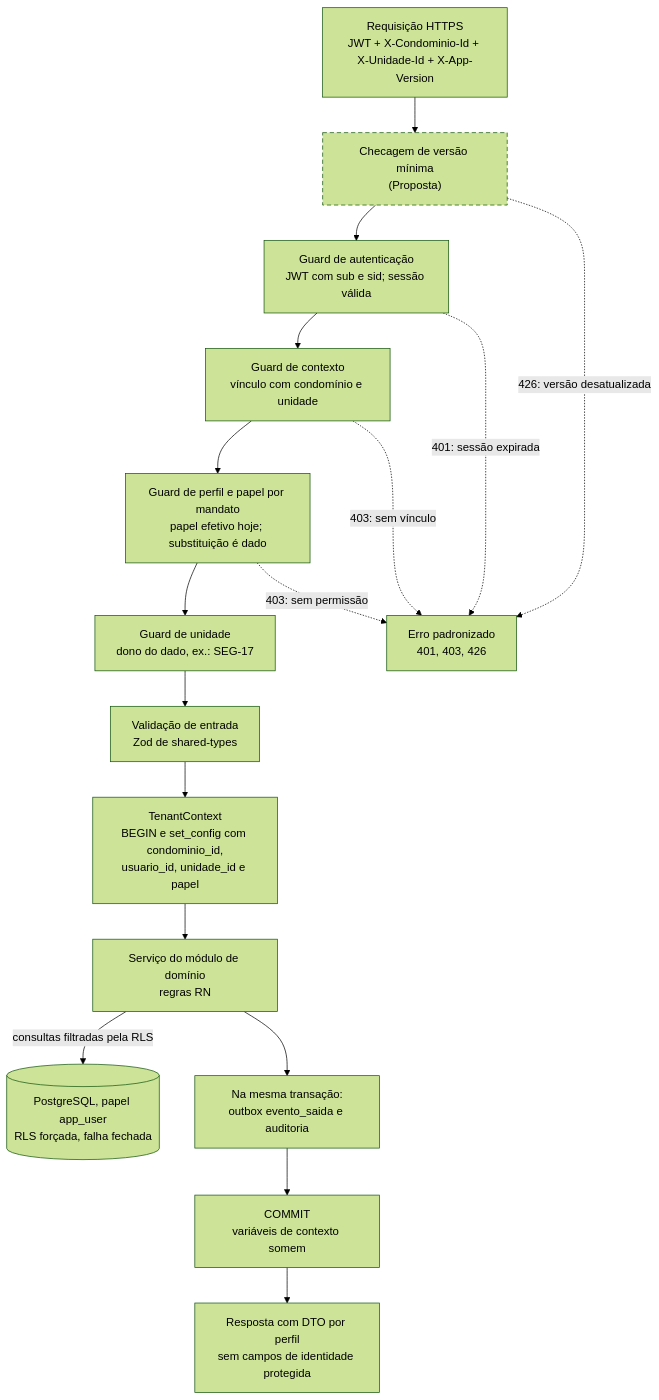
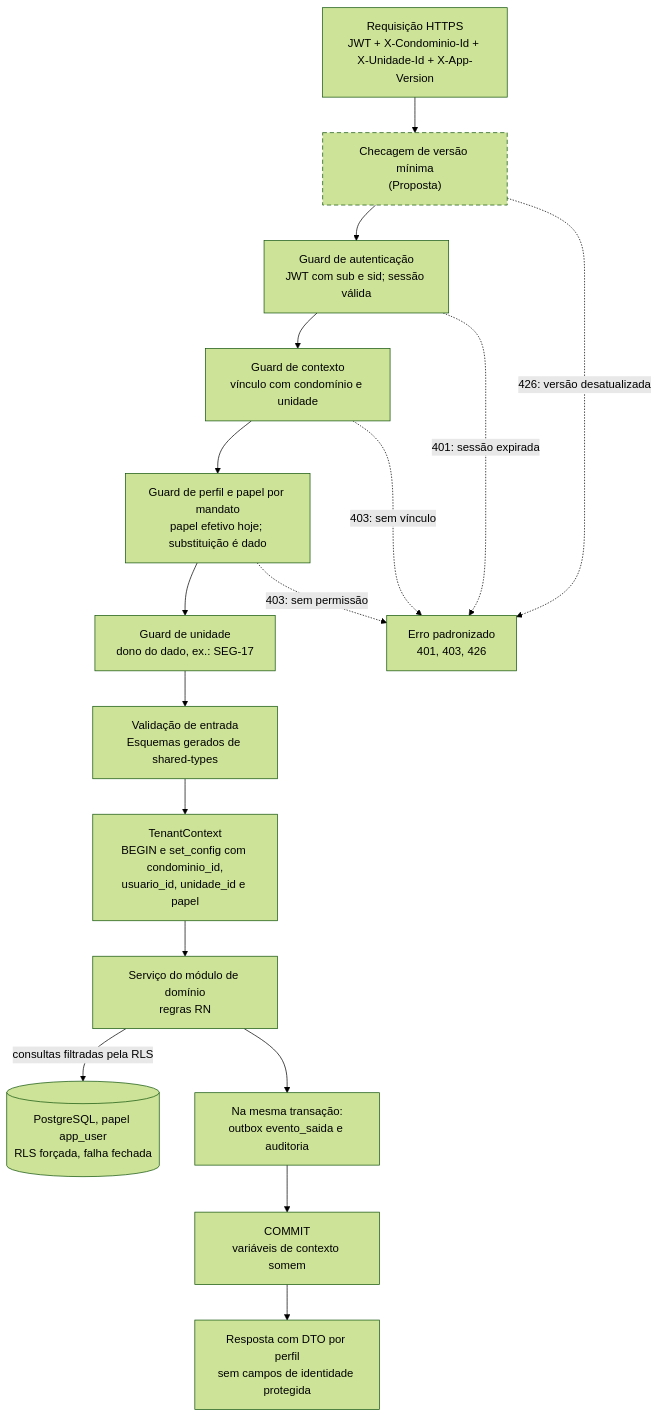
One commit to pedrolems/CondomiFacil changed diagram 11 of 13 in docs/03-arquitetura/02-diagramas-de-arquitetura.md. Above: the diagram before and after it, drawn with Mermaid (forest theme). The commit also changed other lines of this file and 17 other files, not shown here.

````diff
--- a/docs/03-arquitetura/02-diagramas-de-arquitetura.md
+++ b/docs/03-arquitetura/02-diagramas-de-arquitetura.md
@@ -719,28 +719,28 @@
 ```mermaid
 flowchart TB
     REQ["Requisição HTTPS<br/>JWT + X-Condominio-Id + X-Unidade-Id + X-App-Version"]
     VERS["Checagem de versão mínima<br/>(Proposta)"]
     AUTH["Guard de autenticação<br/>JWT com sub e sid; sessão válida"]
     CTX["Guard de contexto<br/>vínculo com condomínio e unidade"]
     PAPEL["Guard de perfil e papel por mandato<br/>papel efetivo hoje; substituição é dado"]
     UNID["Guard de unidade<br/>dono do dado, ex.: SEG-17"]
-    VALID["Validação de entrada<br/>Zod de shared-types"]
+    VALID["Validação de entrada<br/>Esquemas gerados de shared-types"]
     TCTX["TenantContext<br/>BEGIN e set_config com condominio_id,<br/>usuario_id, unidade_id e papel"]
     SERV["Serviço do módulo de domínio<br/>regras RN"]
     BANCO[("PostgreSQL, papel app_user<br/>RLS forçada, falha fechada")]
     MESMA["Na mesma transação:<br/>outbox evento_saida e auditoria"]
     FIM["COMMIT<br/>variáveis de contexto somem"]
     RESP["Resposta com DTO por perfil<br/>sem campos de identidade protegida"]
     ERRO["Erro padronizado<br/>401, 403, 426"]
 
     REQ --> VERS --> AUTH --> CTX --> PAPEL --> UNID --> VALID --> TCTX --> SERV
     SERV -->|"consultas filtradas pela RLS"| BANCO
     SERV --> MESMA --> FIM --> RESP
     VERS -.->|"426: versão desatualizada"| ERRO
     AUTH -.->|"401: sessão expirada"| ERRO
     CTX -.->|"403: sem vínculo"| ERRO
     PAPEL -.->|"403: sem permissão"| ERRO
 
     classDef proposta stroke-dasharray: 6 4
     class VERS proposta
 ```
````
